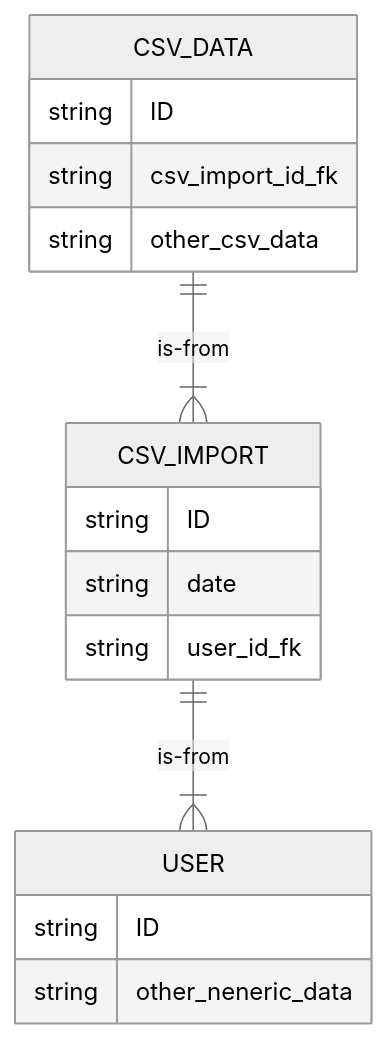
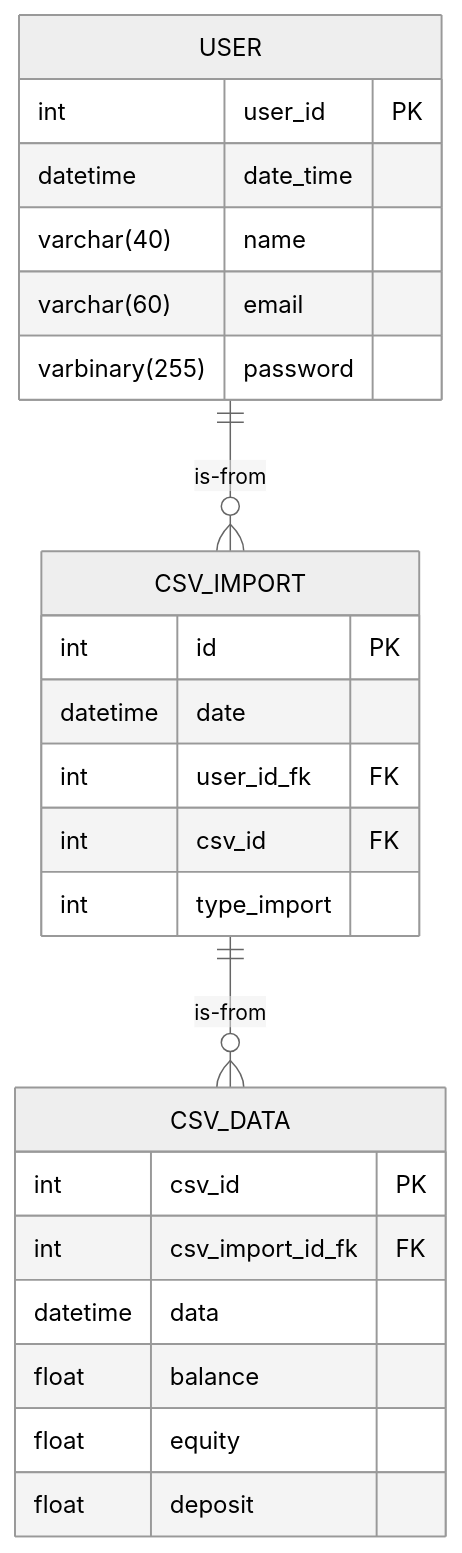
Before and after one commit to lppastor/import-csv: the diagram in README.md, drawn with Mermaid (neutral theme). The commit also changed other lines of this file, not shown here.

Commit message:
update.-type import

````diff
--- a/README.md
+++ b/README.md
@@ -44,20 +35,30 @@
 ```mermaid
 erDiagram
     USER {
-        string ID
-        string other_neneric_data
+        int user_id PK
+        datetime date_time
+        varchar(40) name
+        varchar(60) email
+        varbinary(255) password
     }
-    CSV_IMPORT ||--|{ USER : is-from
+    
     CSV_IMPORT {
-        string ID
-        string date
-        string user_id_fk
+        int id PK
+        datetime date
+        int user_id_fk FK
+        int csv_id FK
+        int type_import
     }
 
-    CSV_DATA ||--|{ CSV_IMPORT : is-from
     CSV_DATA {
-        string ID
-        string csv_import_id_fk
-        string other_csv_data
+        int csv_id PK
+        int csv_import_id_fk FK
+        datetime data
+        float balance
+        float equity
+        float deposit
     }
+
+    USER ||--o{ CSV_IMPORT : "is-from"
+    CSV_IMPORT ||--o{ CSV_DATA : "is-from"
 ```
````
